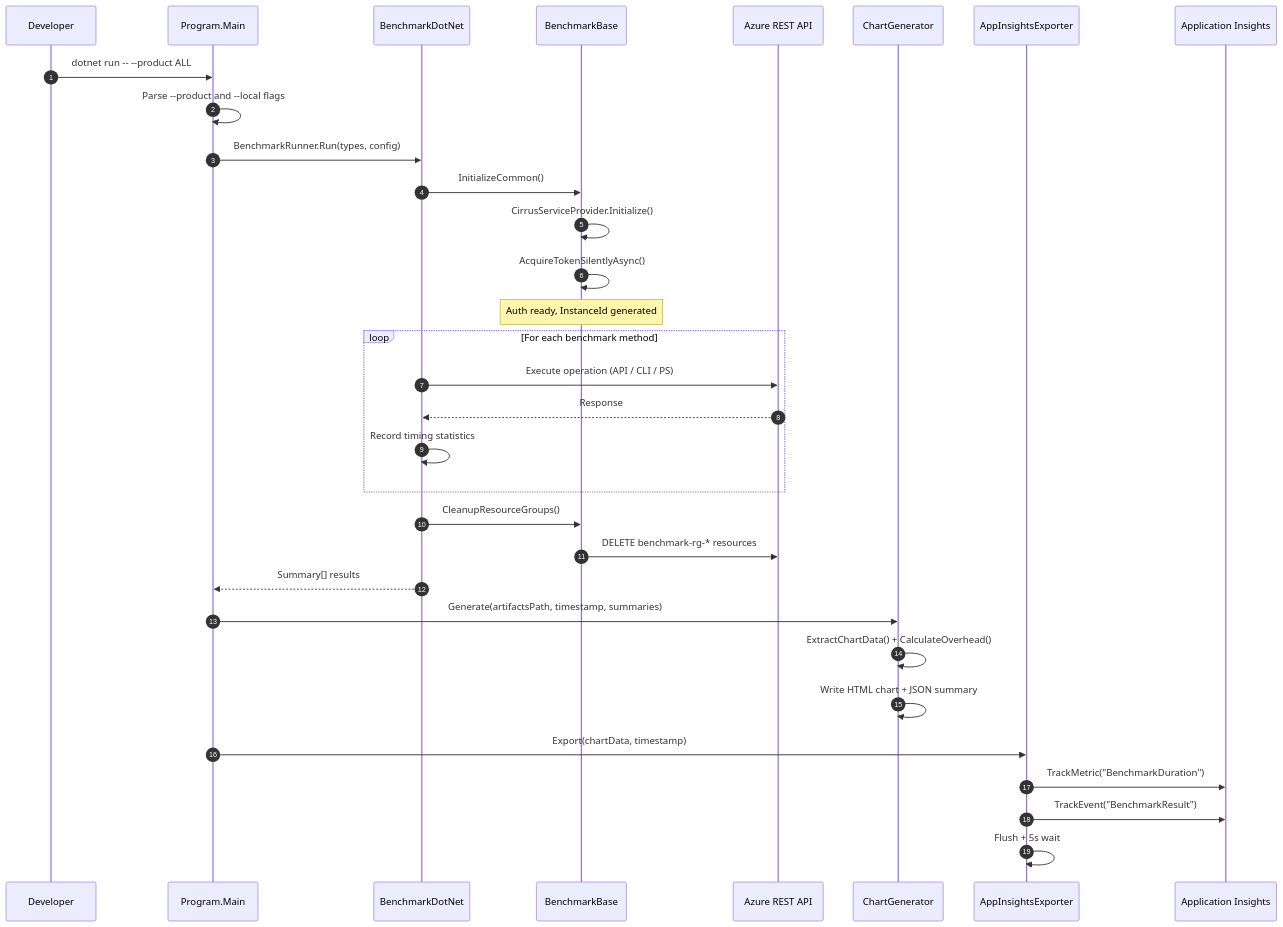
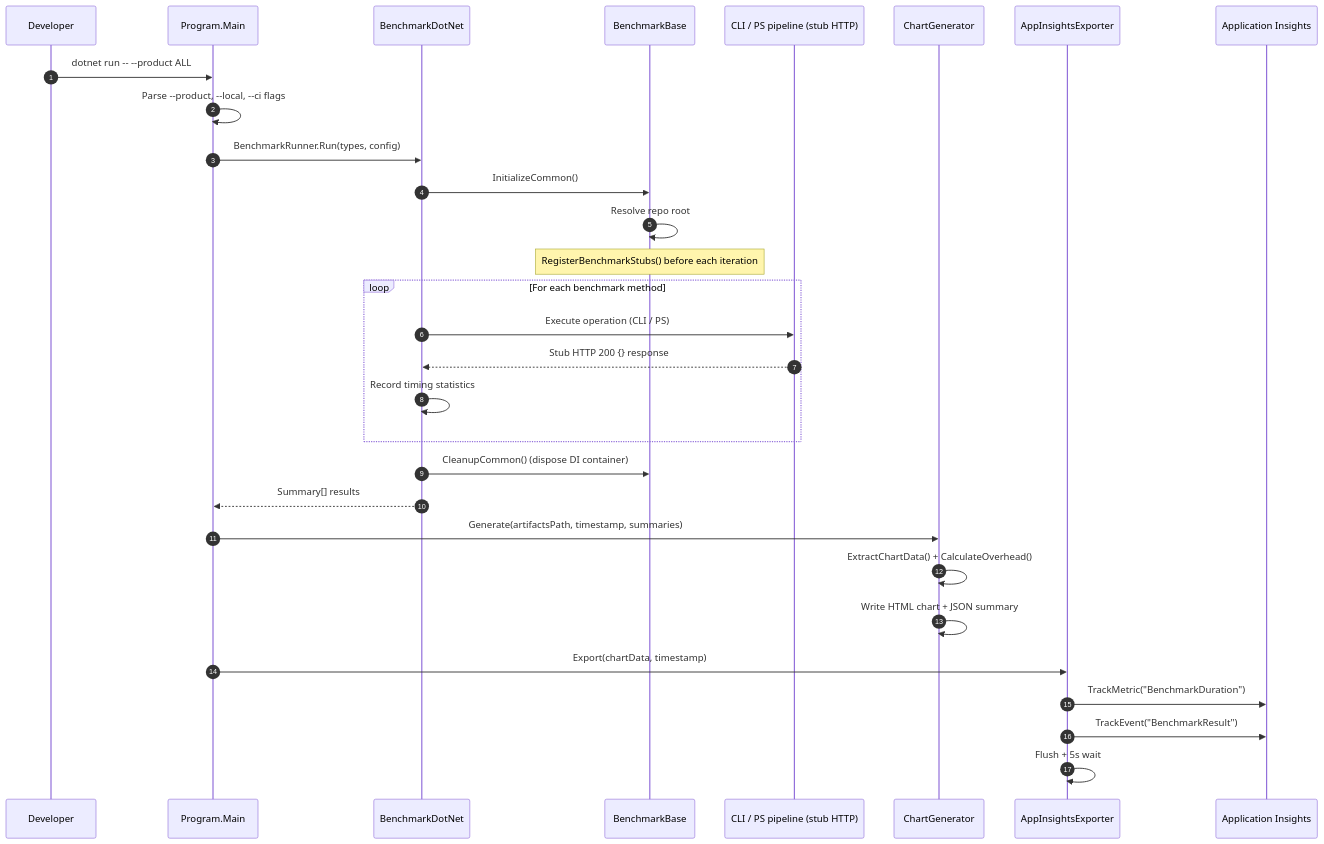
One commit to Azure/azclips changed the second of 2 diagrams in wiki/02-deep-dive/testing-benchmarking.md. Above: the diagram before and after it, drawn with Mermaid. The commit also changed other lines of this file and 6 other files, not shown here.

Commit message:
[Benchmark] Remove API benchmark references in documentation and charts (#332)

````diff
--- a/wiki/02-deep-dive/testing-benchmarking.md
+++ b/wiki/02-deep-dive/testing-benchmarking.md
@@ -260,41 +251,39 @@
 ```mermaid
 sequenceDiagram
     autonumber
     participant Dev as Developer
     participant Prog as Program.Main
     participant BDN as BenchmarkDotNet
     participant Base as BenchmarkBase
-    participant Azure as Azure REST API
+    participant Pipe as CLI / PS pipeline (stub HTTP)
     participant CG as ChartGenerator
     participant AIE as AppInsightsExporter
     participant AI as Application Insights
 
     Dev->>Prog: dotnet run -- --product ALL
-    Prog->>Prog: Parse --product and --local flags
+    Prog->>Prog: Parse --product, --local, --ci flags
     Prog->>BDN: BenchmarkRunner.Run(types, config)
 
     BDN->>Base: InitializeCommon()
-    Base->>Base: CirrusServiceProvider.Initialize()
-    Base->>Base: AcquireTokenSilentlyAsync()
-    Note over Base: Auth ready, InstanceId generated
+    Base->>Base: Resolve repo root
+    Note over Base: RegisterBenchmarkStubs() before each iteration
 
     loop For each benchmark method
-        BDN->>Azure: Execute operation (API / CLI / PS)
-        Azure-->>BDN: Response
+        BDN->>Pipe: Execute operation (CLI / PS)
+        Pipe-->>BDN: Stub HTTP 200 {} response
         BDN->>BDN: Record timing statistics
     end
 
-    BDN->>Base: CleanupResourceGroups()
-    Base->>Azure: DELETE benchmark-rg-* resources
+    BDN->>Base: CleanupCommon() (dispose DI container)
 
     BDN-->>Prog: Summary[] results
 
     Prog->>CG: Generate(artifactsPath, timestamp, summaries)
     CG->>CG: ExtractChartData() + CalculateOverhead()
     CG->>CG: Write HTML chart + JSON summary
 
     Prog->>AIE: Export(chartData, timestamp)
     AIE->>AI: TrackMetric("BenchmarkDuration")
     AIE->>AI: TrackEvent("BenchmarkResult")
     AIE->>AIE: Flush + 5s wait
 ```
````
